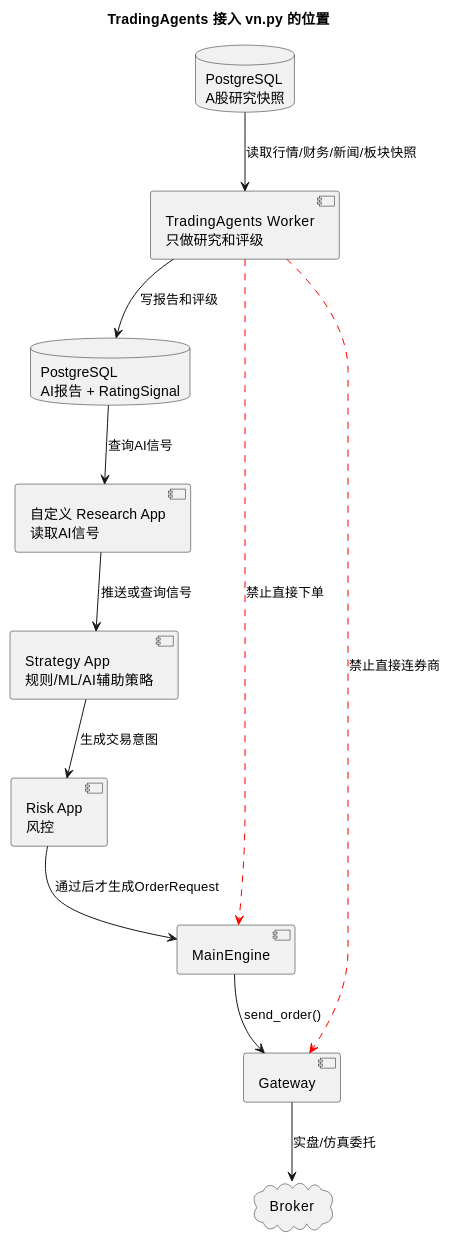
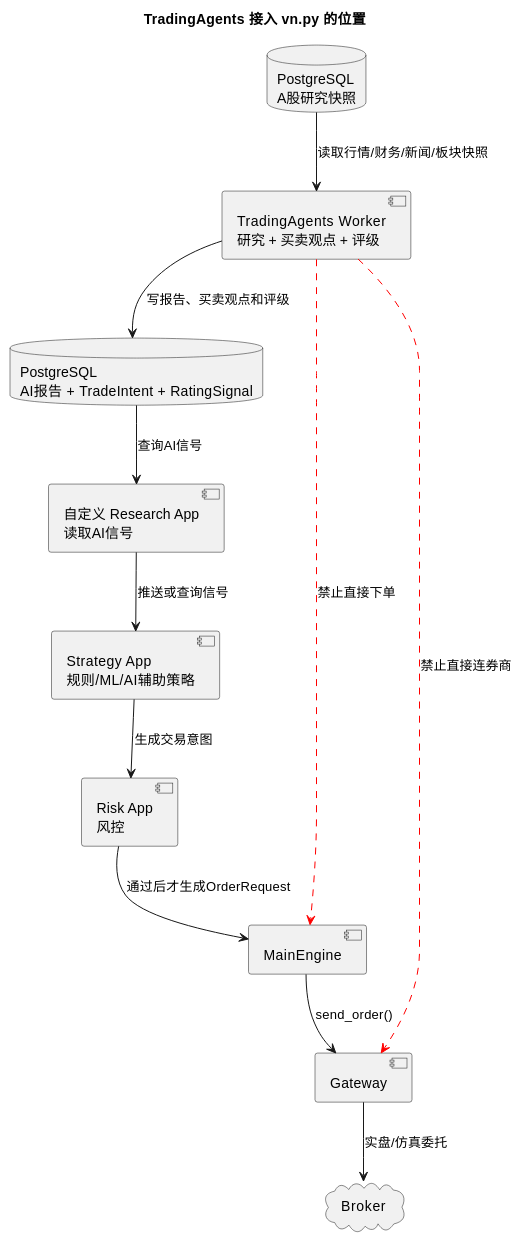
Before and after one commit to zhoudirac-C/vnpy: the fourth of 7 diagrams in docs/community/info/custom_quant_architecture.md, drawn with PlantUML. The commit also changed other lines of this file, not shown here.

Commit message:
docs: simplify architecture flow and explain tradingagents

````diff
--- a/docs/community/info/custom_quant_architecture.md
+++ b/docs/community/info/custom_quant_architecture.md
@@ -209,31 +201,31 @@
 ```plantuml
 @startuml
 title TradingAgents 接入 vn.py 的位置
 
 skinparam shadowing false
 skinparam packageStyle rectangle
 
 database "PostgreSQL\nA股研究快照" as PG
-component "TradingAgents Worker\n只做研究和评级" as TA
-database "PostgreSQL\nAI报告 + RatingSignal" as SignalStore
+component "TradingAgents Worker\n研究 + 买卖观点 + 评级" as TA
+database "PostgreSQL\nAI报告 + TradeIntent + RatingSignal" as SignalStore
 component "自定义 Research App\n读取AI信号" as ResearchApp
 component "Strategy App\n规则/ML/AI辅助策略" as Strategy
 component "Risk App\n风控" as Risk
 component "MainEngine" as Main
 component "Gateway" as Gateway
 cloud "Broker" as Broker
 
 PG --> TA : 读取行情/财务/新闻/板块快照
-TA --> SignalStore : 写报告和评级
+TA --> SignalStore : 写报告、买卖观点和评级
 SignalStore --> ResearchApp : 查询AI信号
 ResearchApp --> Strategy : 推送或查询信号
 Strategy --> Risk : 生成交易意图
 Risk --> Main : 通过后才生成OrderRequest
 Main --> Gateway : send_order()
 Gateway --> Broker : 实盘/仿真委托
 
 TA -[#red,dashed]-> Main : 禁止直接下单
 TA -[#red,dashed]-> Gateway : 禁止直接连券商
 
 @enduml
 ```
````
